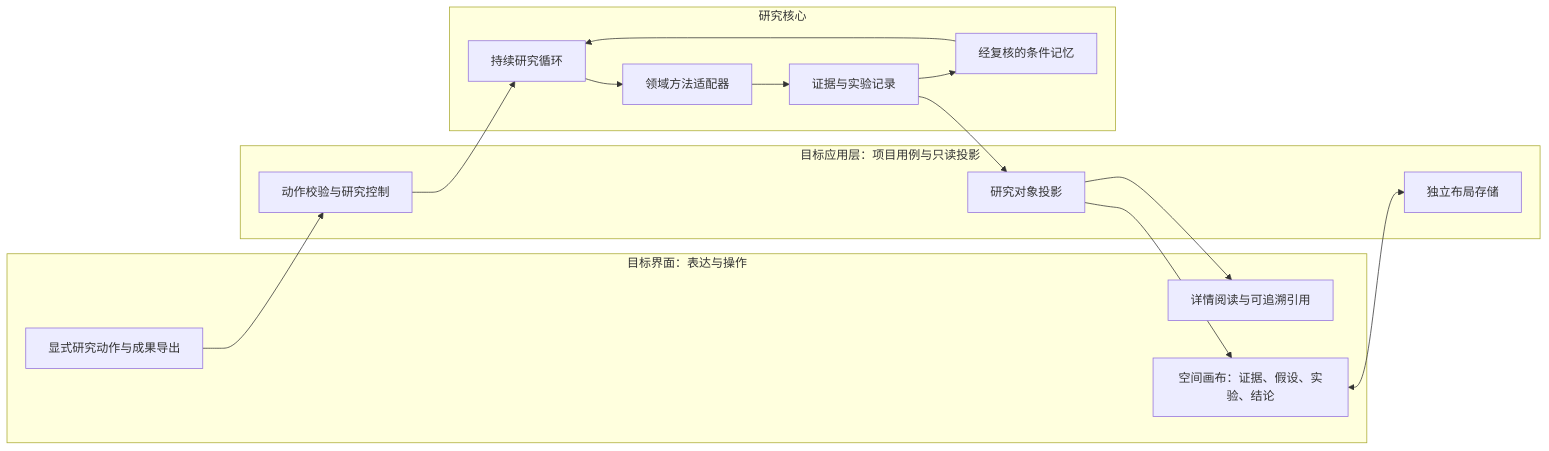
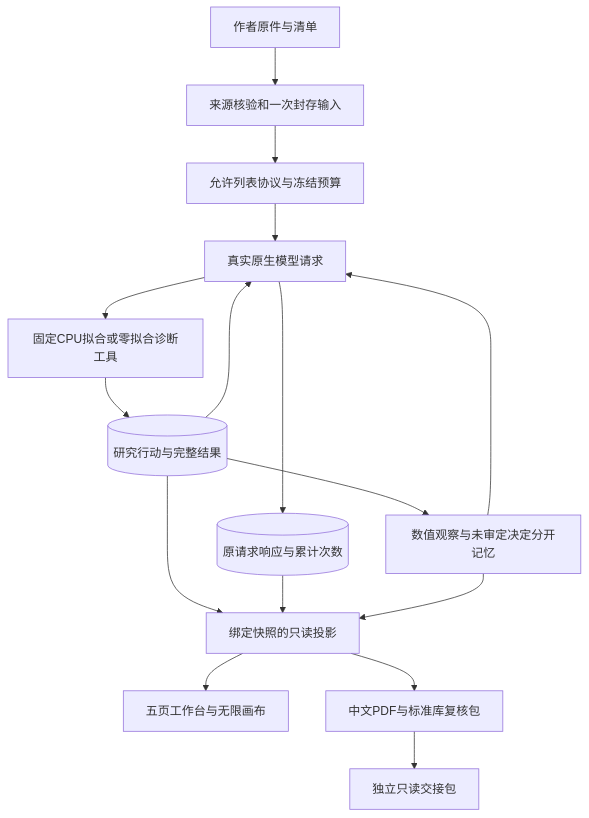
The diagram in docs/architecture.md (open-agent-power/auto-research-agentarts), drawn with Mermaid before and after one commit. The commit also changed other lines of this file and 385 other files, not shown here.

Commit message:
Publish current research workbench and product implementation

````diff
--- a/docs/architecture.md
+++ b/docs/architecture.md
@@ -72,25 +11,18 @@
 ```mermaid
-flowchart LR
-  subgraph view[目标界面：表达与操作]
-    canvas[空间画布：证据、假设、实验、结论]
-    inspector[详情阅读与可追溯引用]
-    actions[显式研究动作与成果导出]
-  end
-  subgraph app[目标应用层：项目用例与只读投影]
-    projection[研究对象投影]
-    command[动作校验与研究控制]
-    layout[独立布局存储]
-  end
-  subgraph research[研究核心]
-    loop[持续研究循环]
-    evidence[证据与实验记录]
-    domain[领域方法适配器]
-    memory[经复核的条件记忆]
-  end
-  evidence --> projection --> canvas
-  projection --> inspector
-  canvas <--> layout
-  actions --> command --> loop
-  loop --> domain --> evidence
-  evidence --> memory --> loop
+flowchart TB
+  sources[作者原件与清单] --> prepare[来源核验和一次封存输入]
+  prepare --> protocol[允许列表协议与冻结预算]
+  protocol --> native[真实原生模型请求]
+  native --> tools[固定CPU拟合或零拟合诊断工具]
+  tools --> actions[(研究行动与完整结果)]
+  native --> journal[(原请求响应与累计次数)]
+  actions --> native
+  actions --> memory[数值观察与未审定决定分开记忆]
+  memory --> native
+  actions --> projection[绑定快照的只读投影]
+  journal --> projection
+  memory --> projection
+  projection --> workbench[五页工作台与无限画布]
+  projection --> reports[中文PDF与标准库复核包]
+  reports --> handoff[独立只读交接包]
 ```
````
